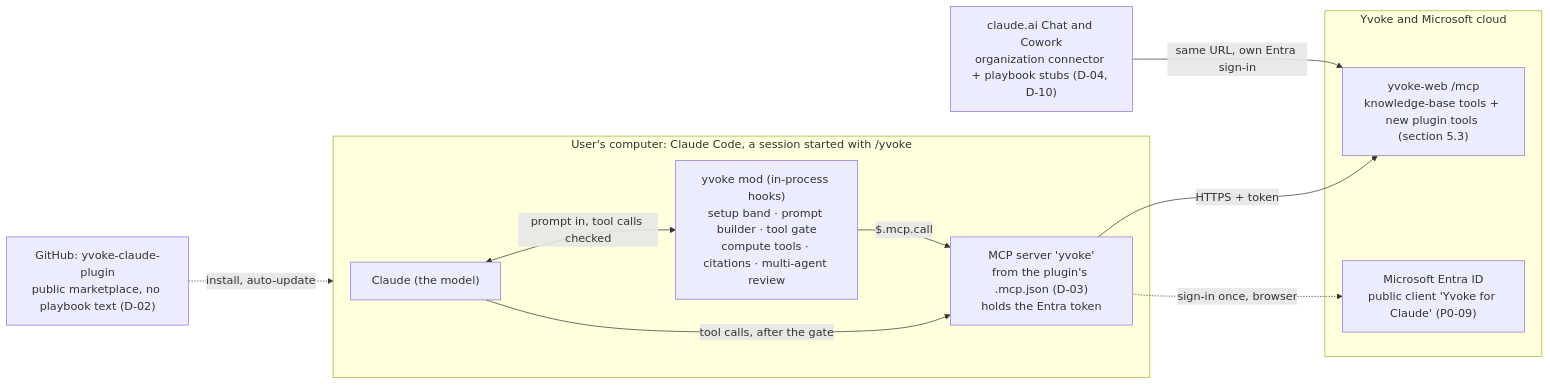
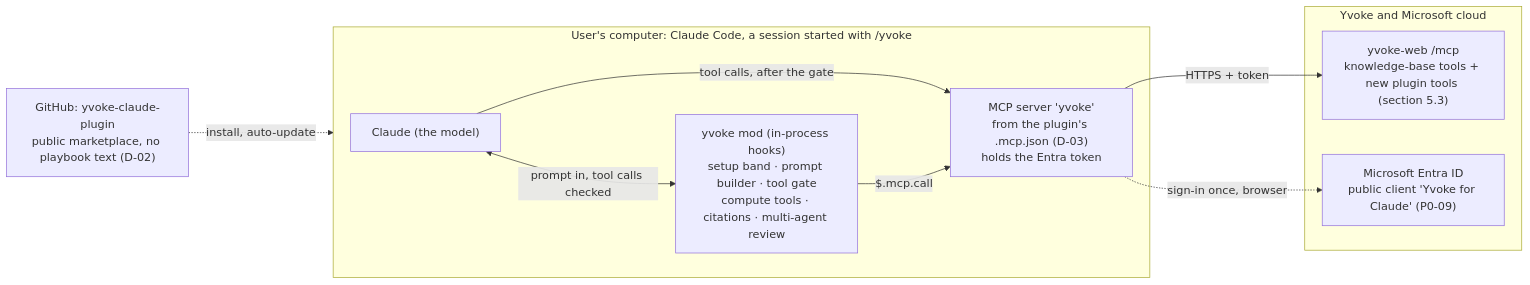
Before and after one commit to yvoke-dev/yvoke-claude-plugin: the diagram in docs/tasks/v1/design.md, drawn with Mermaid. The commit also changed other lines of this file and 6 other files, not shown here.

````diff
--- a/docs/tasks/v1/design.md
+++ b/docs/tasks/v1/design.md
@@ -10,21 +10,19 @@
 ```mermaid
 flowchart LR
   repo["GitHub: yvoke-claude-plugin<br/>public marketplace, no playbook text (D-02)"]
   subgraph pc["User's computer: Claude Code, a session started with /yvoke"]
     model["Claude (the model)"]
     mod["yvoke mod (in-process hooks)<br/>setup band · prompt builder · tool gate<br/>compute tools · citations · multi-agent review"]
     conn["MCP server 'yvoke'<br/>from the plugin's .mcp.json (D-03)<br/>holds the Entra token"]
   end
   subgraph cloud["Yvoke and Microsoft cloud"]
     web["yvoke-web /mcp<br/>knowledge-base tools + new plugin tools (section 5.3)"]
     entra["Microsoft Entra ID<br/>public client 'Yvoke for Claude' (P0-09)"]
   end
-  chat["claude.ai Chat and Cowork<br/>organization connector + playbook stubs (D-04, D-10)"]
   repo -. "install, auto-update" .-> pc
   model <-- "prompt in, tool calls checked" --> mod
   model -- "tool calls, after the gate" --> conn
   mod -- "$.mcp.call" --> conn
   conn -- "HTTPS + token" --> web
   conn -. "sign-in once, browser" .-> entra
-  chat -- "same URL, own Entra sign-in" --> web
 ```
````
